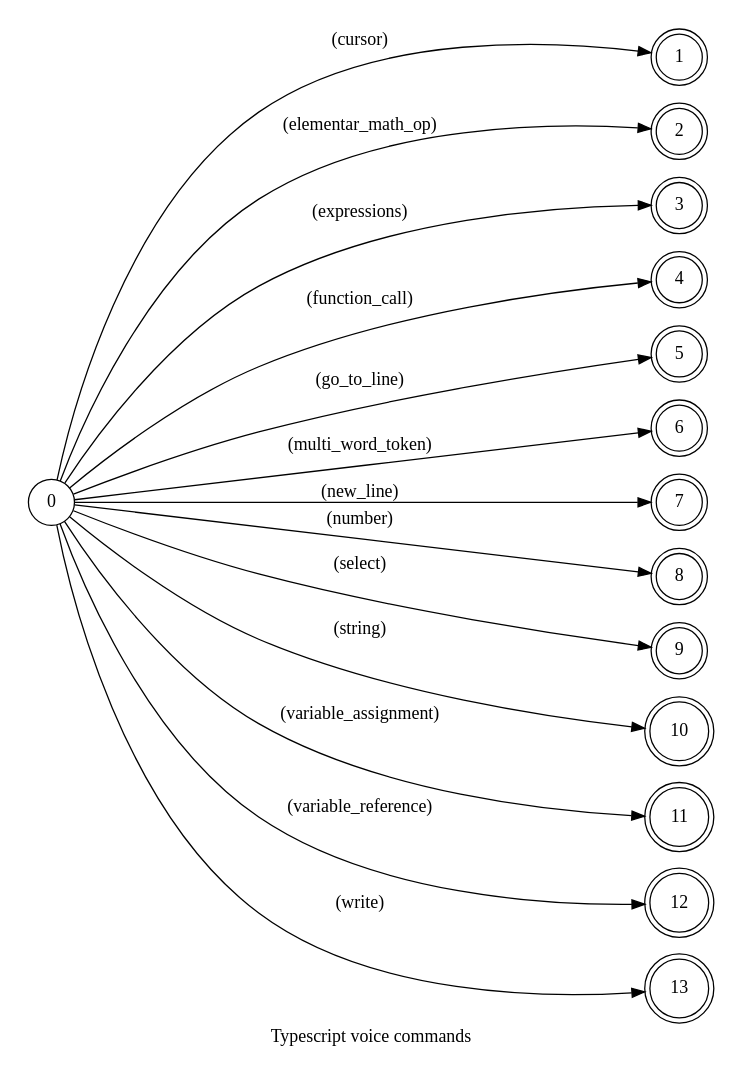
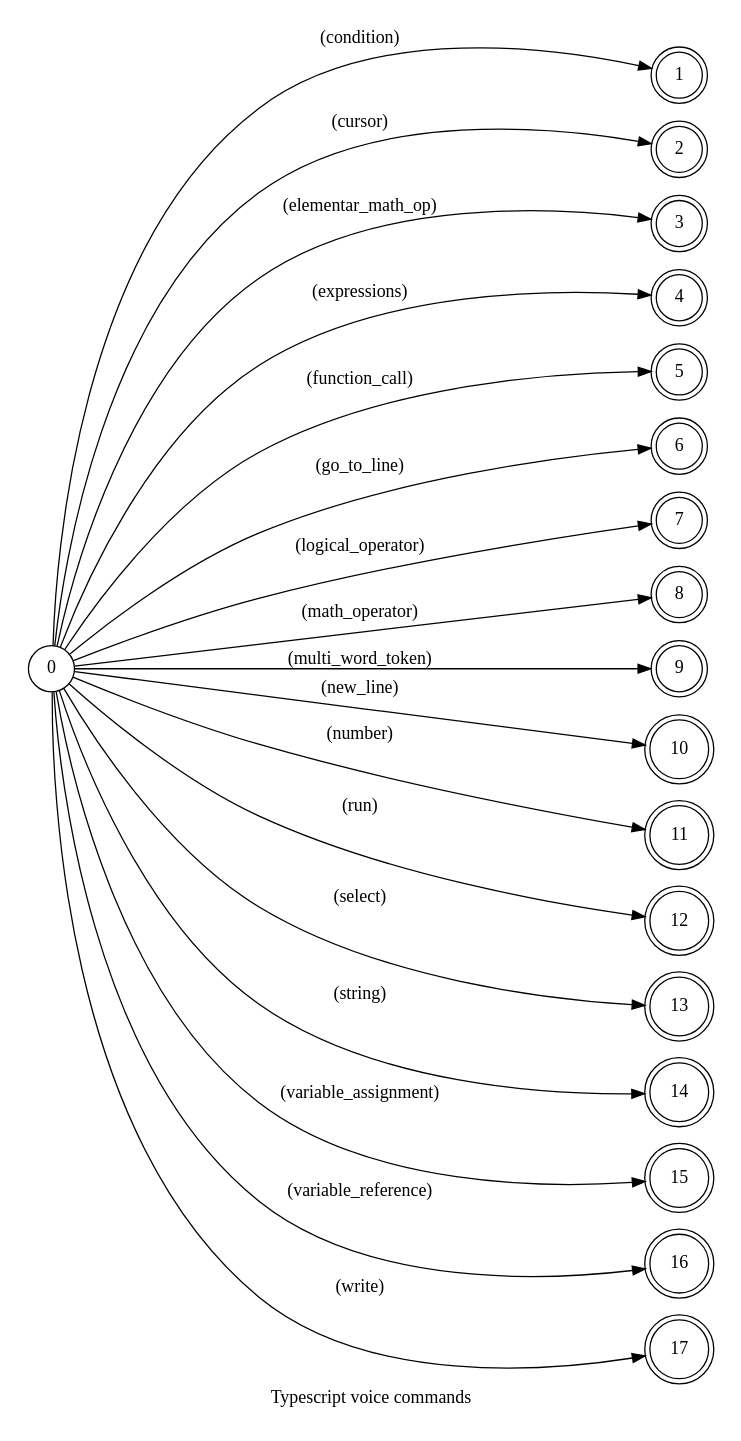
One commit to pedrooaugusto/speech-to-code changed the diagram in spoken/src/modules/typescript/typescript.dot. Above: the diagram before and after it, drawn with Graphviz. The commit also changed 60 other files, not shown here.

```diff
--- a/spoken/src/modules/typescript/typescript.dot
+++ b/spoken/src/modules/typescript/typescript.dot
@@ -1,31 +1,35 @@
 digraph TypeScript {
     id="typescript";
     label="Typescript voice commands";
     lang="en-US";
     langName="English";
     pad="0.2";
     rankdir=LR;
     nodesep="0.2";
     ranksep="4";
     node[shape=circle]; 0;
     node[shape=doublecircle];
 
     // START GENERATED
-    0 -> 1 [label="(cursor)"];
-    0 -> 2 [label="(elementar_math_op)"];
-    0 -> 3 [label="(expressions)"];
-    0 -> 4 [label="(function_call)"];
-    0 -> 5 [label="(go_to_line)"];
-    0 -> 6 [label="(multi_word_token)"];
-    0 -> 7 [label="(new_line)"];
-    0 -> 8 [label="(number)"];
-    0 -> 9 [label="(select)"];
-    0 -> 10 [label="(string)"];
-    0 -> 11 [label="(variable_assignment)"];
-    0 -> 12 [label="(variable_reference)"];
-    0 -> 13 [label="(write)"];
+    0 -> 1 [label="(condition)"];
+    0 -> 2 [label="(cursor)"];
+    0 -> 3 [label="(elementar_math_op)"];
+    0 -> 4 [label="(expressions)"];
+    0 -> 5 [label="(function_call)"];
+    0 -> 6 [label="(go_to_line)"];
+    0 -> 7 [label="(logical_operator)"];
+    0 -> 8 [label="(math_operator)"];
+    0 -> 9 [label="(multi_word_token)"];
+    0 -> 10 [label="(new_line)"];
+    0 -> 11 [label="(number)"];
+    0 -> 12 [label="(run)"];
+    0 -> 13 [label="(select)"];
+    0 -> 14 [label="(string)"];
+    0 -> 15 [label="(variable_assignment)"];
+    0 -> 16 [label="(variable_reference)"];
+    0 -> 17 [label="(write)"];
     // END GENERATED
 
     title="Typescript voice commands";
     desc="Collection of voice commands of the typescript language";
 }
```
